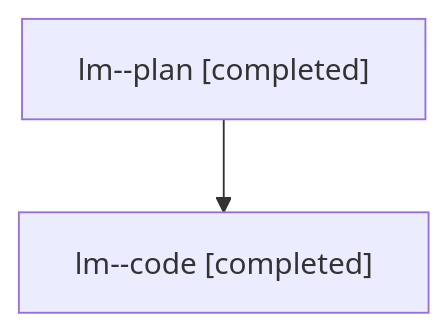
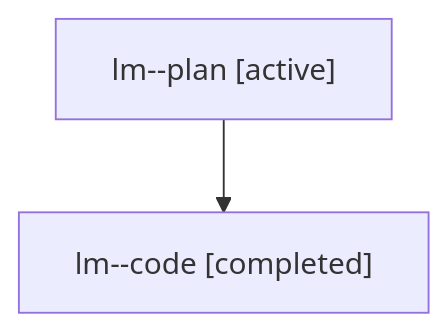
One commit to sase-org/sase--agents changed the diagram in families/bbugyi200.athena.lm.md. Above: the diagram before and after it, drawn with Mermaid. The commit also changed other lines of this file and 8679 other files, not shown here.

````diff
--- a/families/bbugyi200.athena.lm.md
+++ b/families/bbugyi200.athena.lm.md
@@ -9,6 +9,6 @@
 ```mermaid
 flowchart TD
-  n0["lm--plan [completed]"]
+  n0["lm--plan [active]"]
   n1["lm--code [completed]"]
   n0 --> n1
 ```
````
